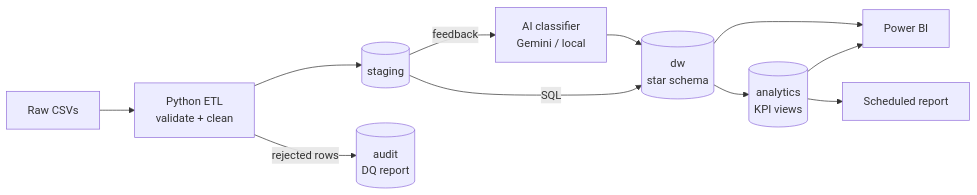
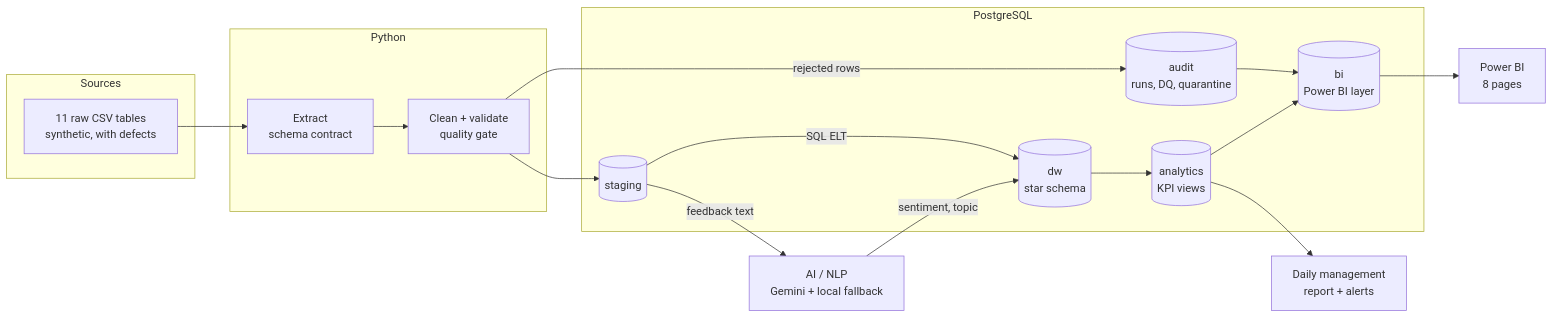
Before and after one commit to Beqa-Elashvili/AutoSphere-Analytics: the first of 2 diagrams in README.md, drawn with Mermaid. The commit also changed other lines of this file and 13 other files, not shown here.

````diff
--- a/README.md
+++ b/README.md
@@ -25,12 +42,25 @@
 ```mermaid
 flowchart LR
-    CSV[Raw CSVs] --> ETL[Python ETL<br/>validate + clean]
-    ETL --> STG[(staging)]
-    ETL -- rejected rows --> AUD[(audit<br/>DQ report)]
-    STG -- SQL --> DW[(dw<br/>star schema)]
-    STG -- feedback --> AI[AI classifier<br/>Gemini / local] --> DW
-    DW --> AN[(analytics<br/>KPI views)]
-    AN --> PBI[Power BI]
-    DW --> PBI
-    AN --> RPT[Scheduled report]
+    subgraph SRC[Sources]
+        CSV[11 raw CSV tables<br/>synthetic, with defects]
+    end
+    subgraph PY[Python]
+        EX[Extract<br/>schema contract] --> CL[Clean + validate<br/>quality gate]
+    end
+    subgraph PG[PostgreSQL]
+        STG[(staging)]
+        DW[(dw<br/>star schema)]
+        AN[(analytics<br/>KPI views)]
+        BIV[(bi<br/>Power BI layer)]
+        AUD[(audit<br/>runs, DQ, quarantine)]
+    end
+    AI[AI / NLP<br/>Gemini + local fallback]
+    CSV --> EX
+    CL --> STG
+    CL -- rejected rows --> AUD
+    STG -- feedback text --> AI -- sentiment, topic --> DW
+    STG -- SQL ELT --> DW --> AN --> BIV
+    AUD --> BIV
+    BIV --> PBI[Power BI<br/>8 pages]
+    AN --> RPT[Daily management<br/>report + alerts]
 ```
````
